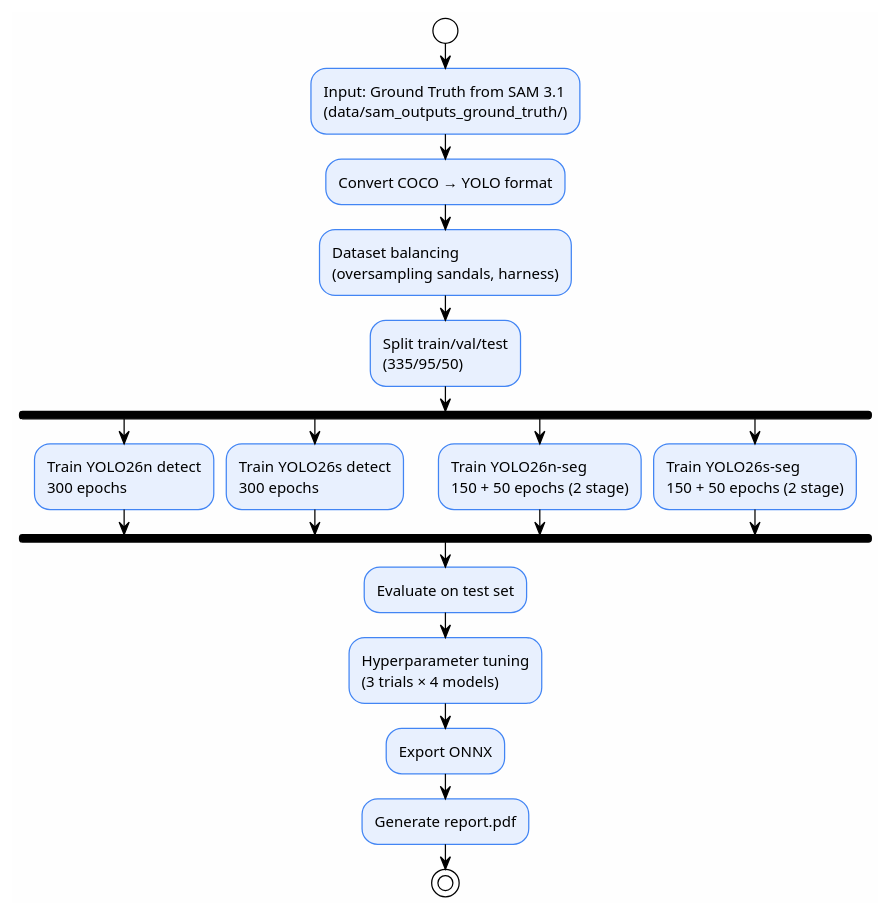
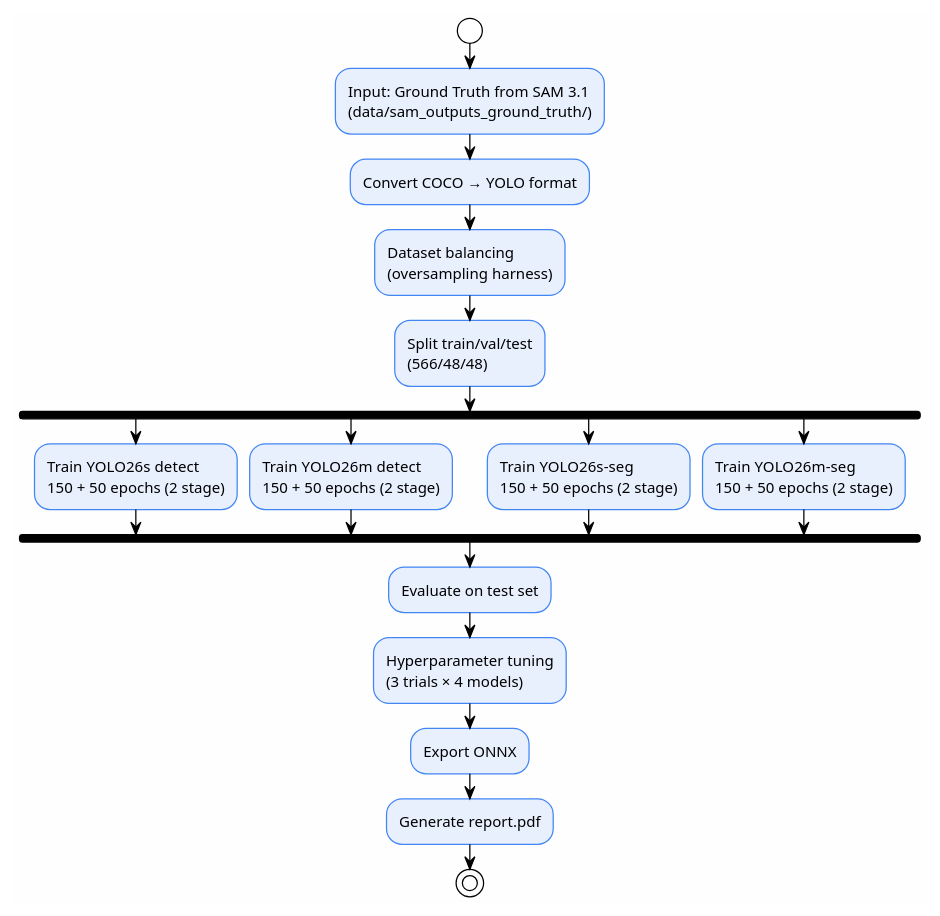
The first of 2 diagrams in docs/pipeline/05-yolo26-training.md (Telotubbies/auto_label), drawn with PlantUML before and after one commit. The commit also changed other lines of this file and 255 other files, not shown here.

````diff
--- a/docs/pipeline/05-yolo26-training.md
+++ b/docs/pipeline/05-yolo26-training.md
@@ -33,32 +33,32 @@
 ```plantuml {align="center"}
 @startuml
 !theme plain
 skinparam linetype ortho
 skinparam backgroundColor #FEFEFE
 skinparam ActivityBackgroundColor #E8F0FE
 skinparam ActivityBorderColor #4285F4
 
 start
 :Input: Ground Truth from SAM 3.1\n(data/sam_outputs_ground_truth/);
 :Convert COCO → YOLO format;
-:Dataset balancing\n(oversampling sandals, harness);
-:Split train/val/test\n(335/95/50);
+:Dataset balancing\n(oversampling harness);
+:Split train/val/test\n(566/48/48);
 
 fork
-  :Train YOLO26n detect\n300 epochs;
+  :Train YOLO26s detect\n150 + 50 epochs (2 stage);
 fork again
-  :Train YOLO26s detect\n300 epochs;
-fork again
-  :Train YOLO26n-seg\n150 + 50 epochs (2 stage);
+  :Train YOLO26m detect\n150 + 50 epochs (2 stage);
 fork again
   :Train YOLO26s-seg\n150 + 50 epochs (2 stage);
+fork again
+  :Train YOLO26m-seg\n150 + 50 epochs (2 stage);
 end fork
 
 :Evaluate on test set;
 :Hyperparameter tuning\n(3 trials × 4 models);
 :Export ONNX;
 :Generate report.pdf;
 stop
 
 @enduml
 ```
````
